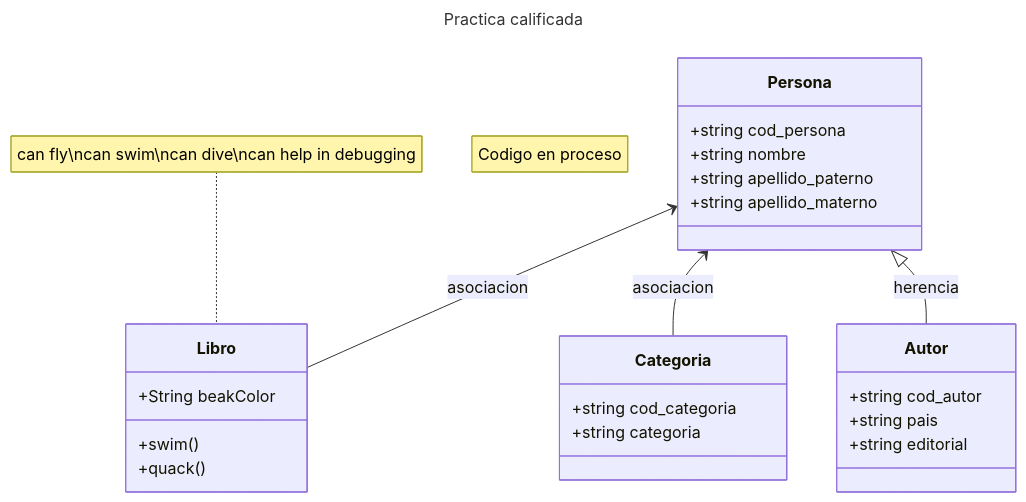
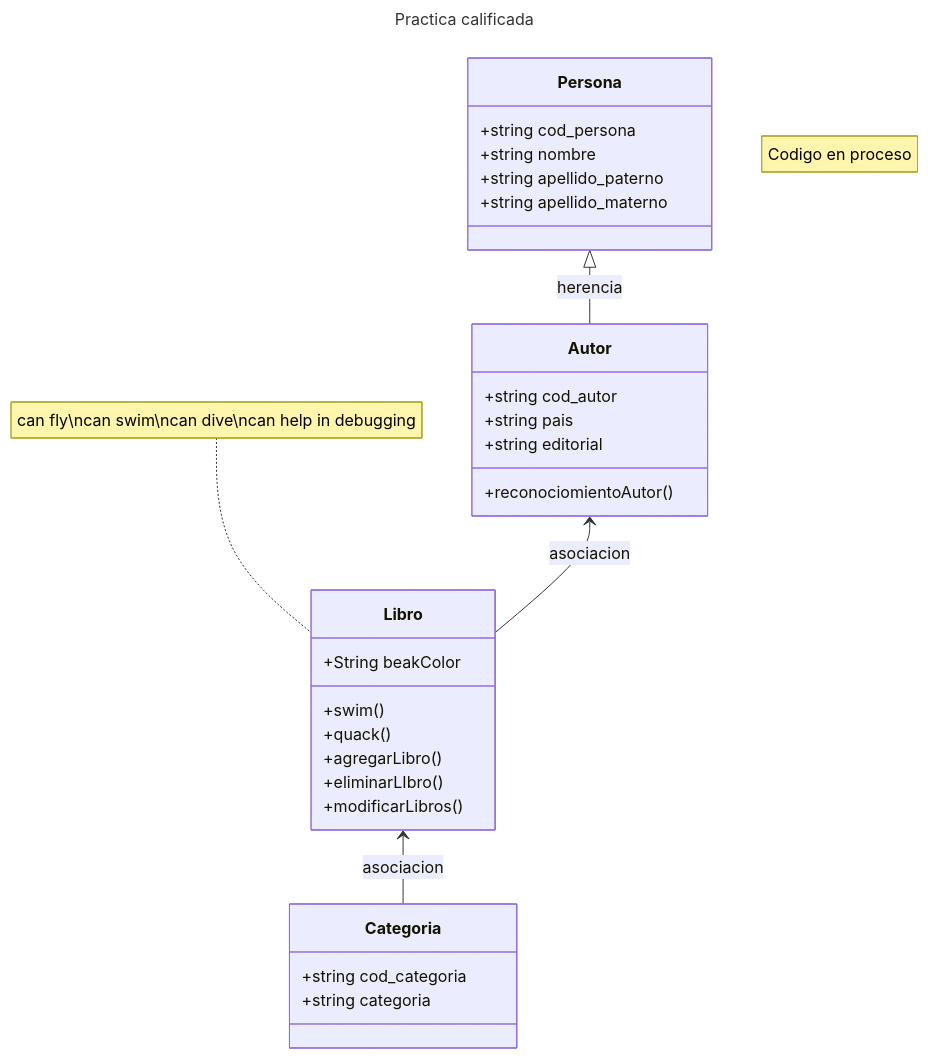
The diagram in digrama.md (abi76416949/MantenimientoLibros), drawn with Mermaid before and after one commit. The commit also changed 1 other file, not shown here.

Commit message:
diagrama

````diff
--- a/digrama.md
+++ b/digrama.md
@@ -3,37 +3,42 @@
 ```mermaid
 ---
 title: Practica calificada
 ---
 classDiagram
     note "Codigo en proceso"
 
 
-    Persona <-- Libro : asociacion
-    Persona <-- Categoria : asociacion
+    Autor <-- Libro : asociacion
+    Libro <-- Categoria : asociacion
     note for Libro "can fly\ncan swim\ncan dive\ncan help in debugging"
     Persona <|-- Autor : herencia
     
    
 
     class Persona{
         +string cod_persona
         +string nombre
         +string apellido_paterno
         +string apellido_materno
     }
     class Libro{
         +String beakColor
         +swim()
         +quack()
+        +agregarLibro()
+        +eliminarLIbro()
+        +modificarLibros()
     }
     class Autor{
         +string cod_autor
         +string pais
         +string editorial
+        +reconociomientoAutor()
+
     }
     class Categoria{
         +string cod_categoria
         +string categoria
     }
 
 ```
````
